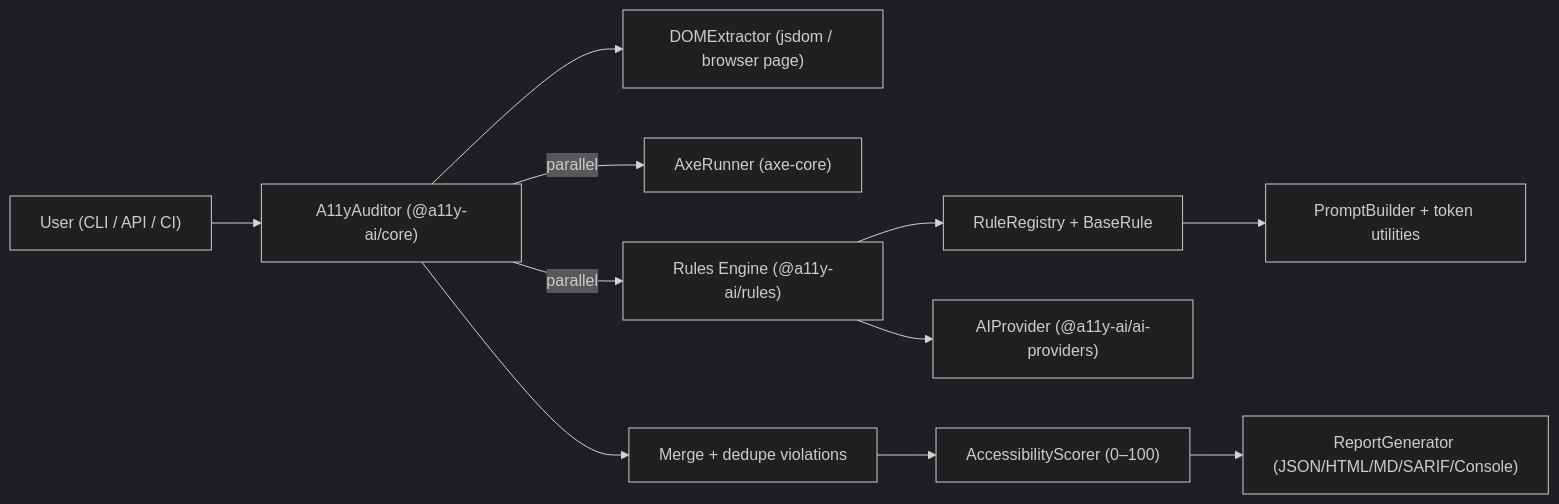
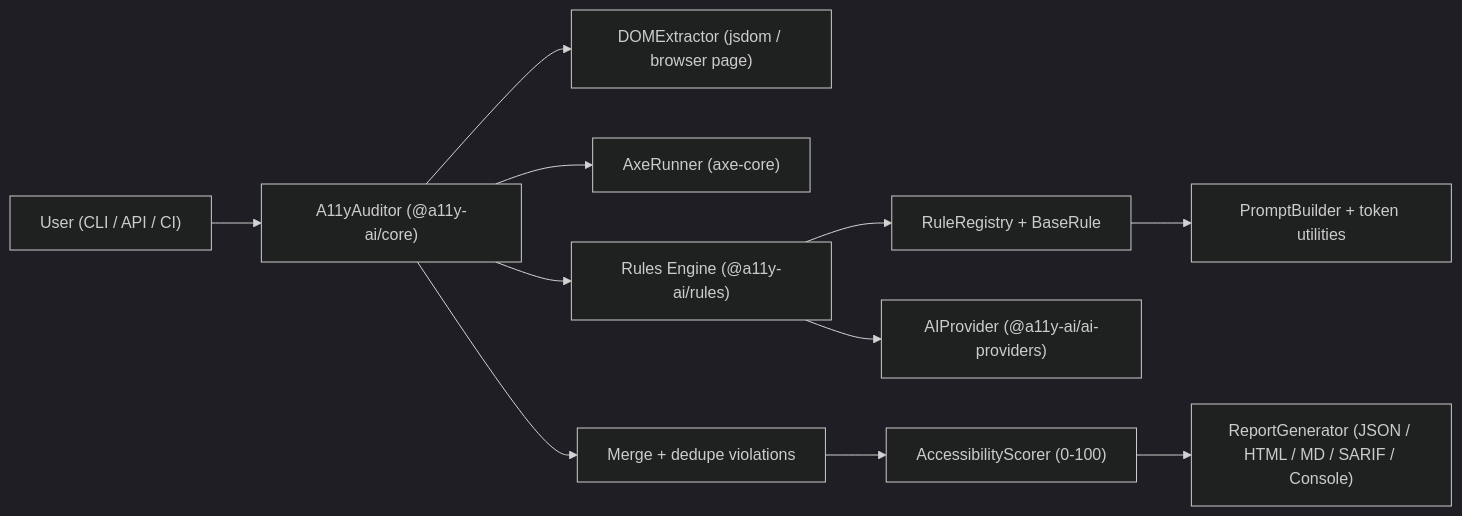
The first of 2 diagrams in README.md (vudayagirivaibhav/a11y-ai), drawn with Mermaid (dark theme) before and after one commit. The commit also changed other lines of this file, not shown here.

Commit message:
docs: fix mermaid diagrams for GitHub rendering

````diff
--- a/README.md
+++ b/README.md
@@ -69,16 +69,16 @@
 ```mermaid
-flowchart LR
+graph LR
   U["User (CLI / API / CI)"] --> A["A11yAuditor (@a11y-ai/core)"]
 
   A --> X["DOMExtractor (jsdom / browser page)"]
-  A -->|parallel| AXE["AxeRunner (axe-core)"]
-  A -->|parallel| RULES["Rules Engine (@a11y-ai/rules)"]
+  A --> AXE["AxeRunner (axe-core)"]
+  A --> RULES["Rules Engine (@a11y-ai/rules)"]
 
   RULES --> REG["RuleRegistry + BaseRule"]
   REG --> PROMPT["PromptBuilder + token utilities"]
   RULES --> P["AIProvider (@a11y-ai/ai-providers)"]
 
   A --> MERGE["Merge + dedupe violations"]
-  MERGE --> SCORE["AccessibilityScorer (0–100)"]
-  SCORE --> REPORT["ReportGenerator (JSON/HTML/MD/SARIF/Console)"]
+  MERGE --> SCORE["AccessibilityScorer (0-100)"]
+  SCORE --> REPORT["ReportGenerator (JSON / HTML / MD / SARIF / Console)"]
 ```
````
